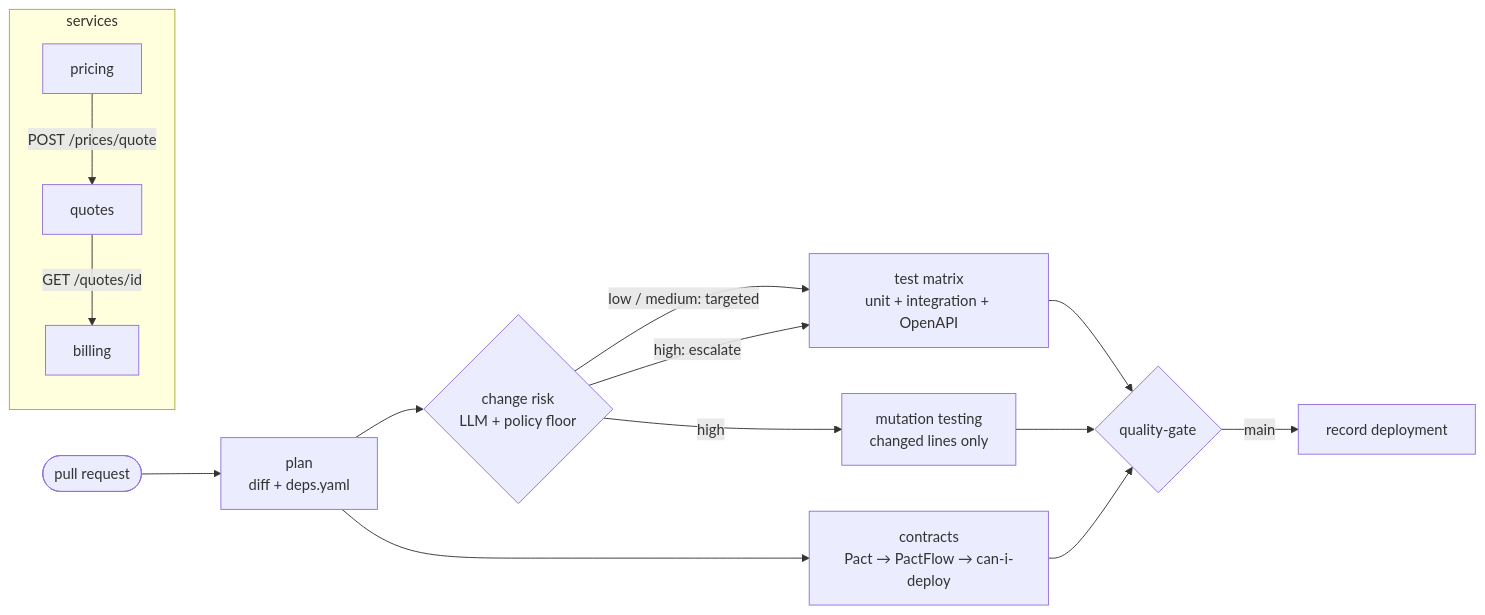
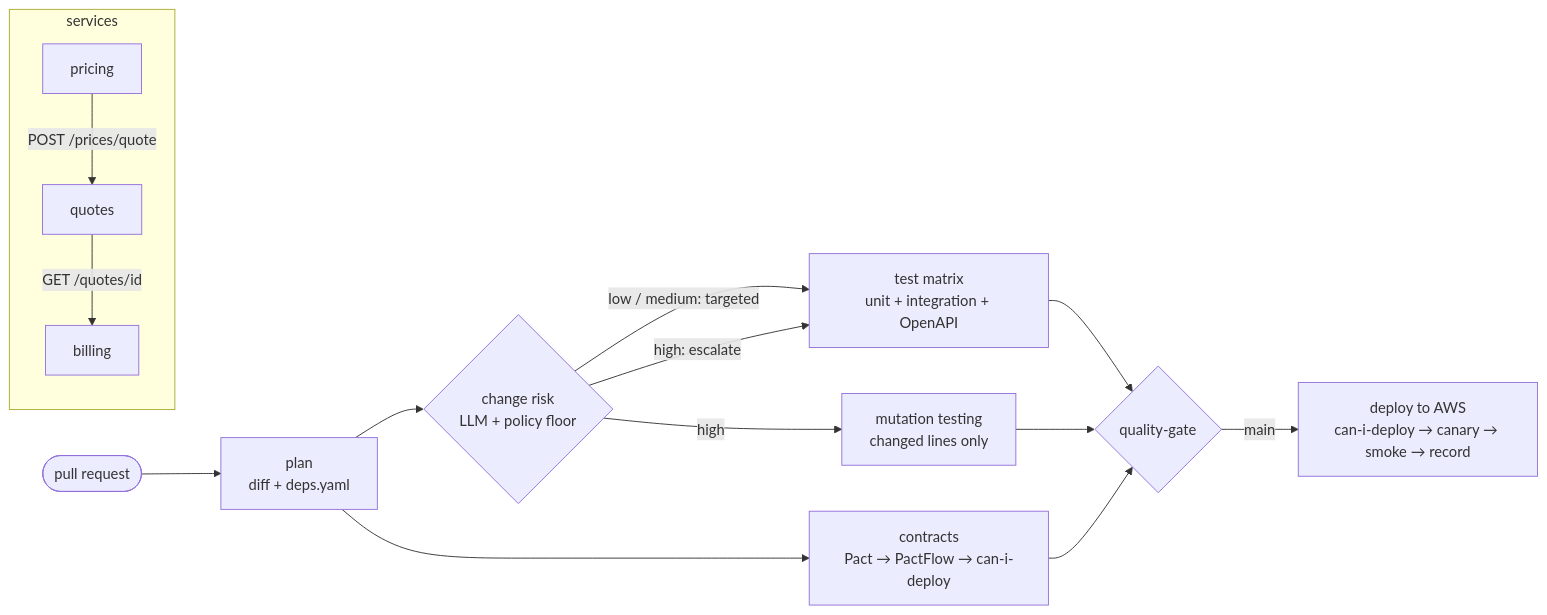
The diagram in README.md (uzhauniak/pr-quality-gate), drawn with Mermaid before and after one commit. The commit also changed other lines of this file and 17 other files, not shown here.

First line of the commit message:
Phase 3: deploy to AWS Lambda with canary releases, smoke tests and record-deployment

````diff
--- a/README.md
+++ b/README.md
@@ -13,18 +13,18 @@
 ```mermaid
 flowchart LR
     subgraph services
         P[pricing] -->|POST /prices/quote| Q[quotes]
         Q -->|GET /quotes/id| B[billing]
     end
 
     PR([pull request]) --> PLAN[plan<br/>diff + deps.yaml]
     PLAN --> RISK{change risk<br/>LLM + policy floor}
     RISK -->|low / medium: targeted| T[test matrix<br/>unit + integration + OpenAPI]
     RISK -->|high: escalate| T
     RISK -->|high| M[mutation testing<br/>changed lines only]
     PLAN --> C[contracts<br/>Pact → PactFlow → can-i-deploy]
     T --> G{quality-gate}
     C --> G
     M --> G
-    G -->|main| D[record deployment]
+    G -->|main| D[deploy to AWS<br/>can-i-deploy → canary → smoke → record]
 ```
````
